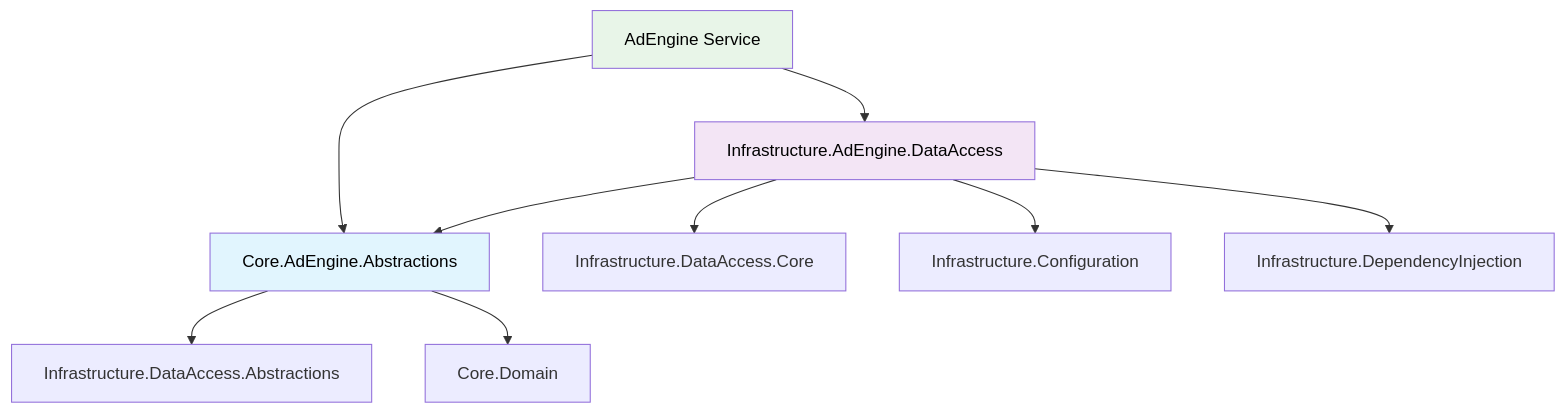
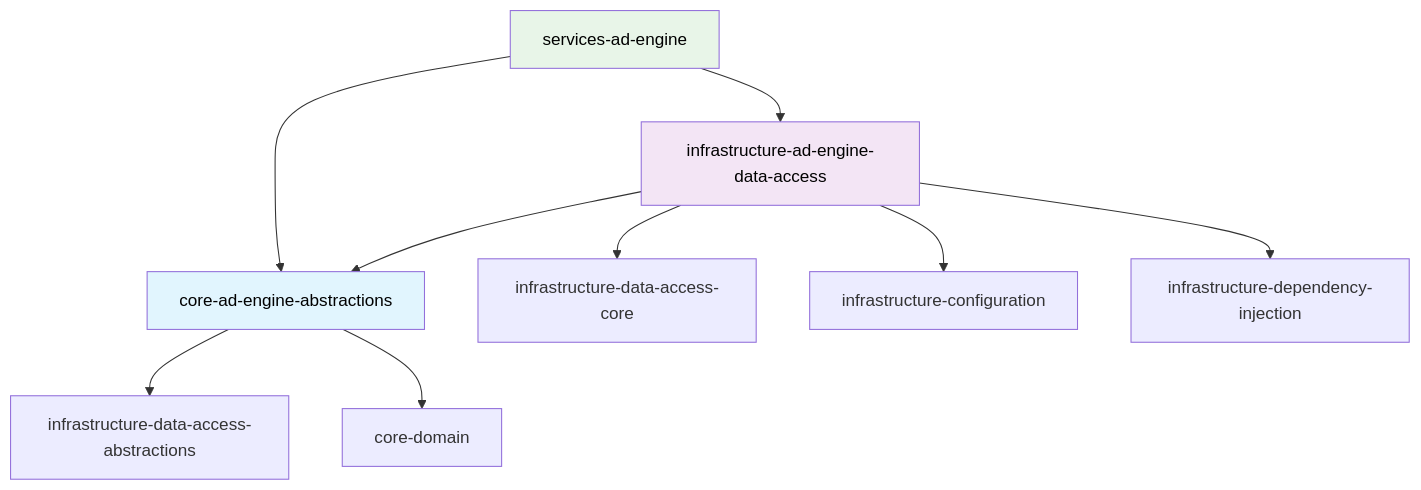
Before and after one commit to lornshrimp/Lorn.ADSP.Rust: the second of 3 diagrams in docs_TecDesign/广告投放引擎/广告投放引擎数据访问层技术设计.md, drawn with Mermaid. The commit also changed other lines of this file and 3 other files, not shown here.

````diff
--- a/docs_TecDesign/广告投放引擎/广告投放引擎数据访问层技术设计.md
+++ b/docs_TecDesign/广告投放引擎/广告投放引擎数据访问层技术设计.md
@@ -121,17 +132,17 @@
 ```mermaid
 graph TD
-    A[Core.AdEngine.Abstractions] --> B[Infrastructure.DataAccess.Abstractions]
-    A --> C[Core.Domain]
+    A[core-ad-engine-abstractions] --> B[infrastructure-data-access-abstractions]
+    A --> C[core-domain]
     
-    D[Infrastructure.AdEngine.DataAccess] --> A
-    D --> E[Infrastructure.DataAccess.Core]
-    D --> F[Infrastructure.Configuration]
-    D --> G[Infrastructure.DependencyInjection]
+    D[infrastructure-ad-engine-data-access] --> A
+    D --> E[infrastructure-data-access-core]
+    D --> F[infrastructure-configuration]
+    D --> G[infrastructure-dependency-injection]
     
-    H[AdEngine Service] --> A
+    H[services-ad-engine] --> A
     H --> D
     
     style A fill:#e1f5fe,color:#000
     style D fill:#f3e5f5,color:#000
     style H fill:#e8f5e8,color:#000
 ```
````
